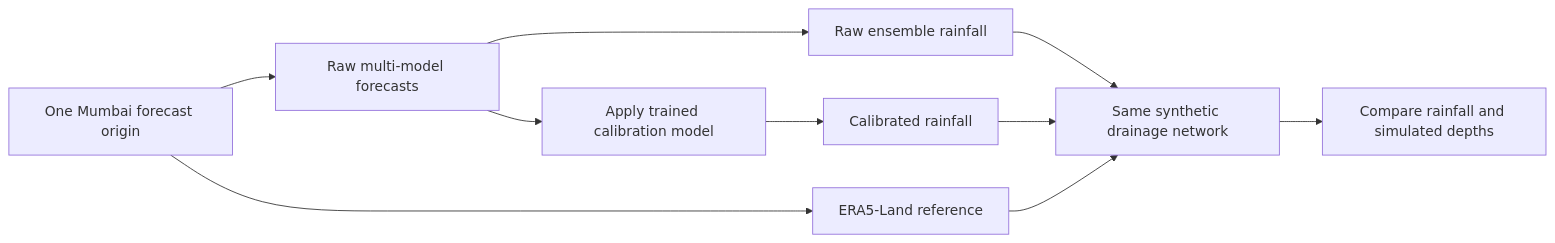
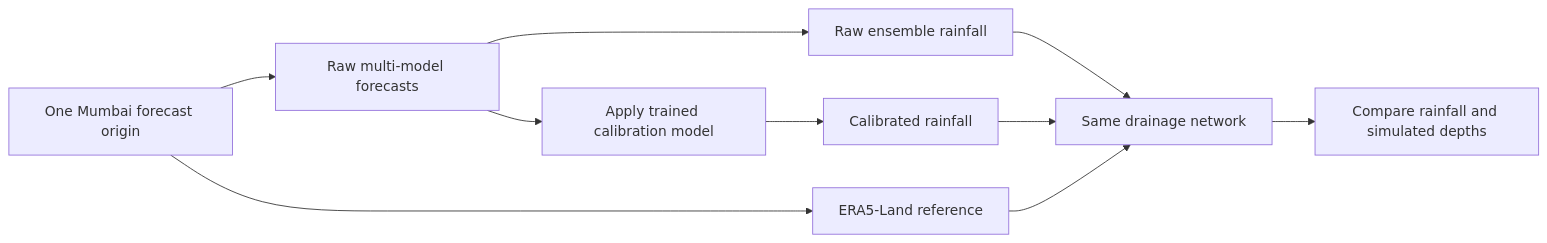
One commit to ArshiBansal/Intelligent_Urban_Flood_Monitoring changed the third of 3 diagrams in README.md. Above: the diagram before and after it, drawn with Mermaid. The commit also changed other lines of this file, not shown here.

````diff
--- a/README.md
+++ b/README.md
@@ -174,20 +177,20 @@
 ```mermaid
 flowchart LR
     hOrigin["One Mumbai forecast origin"]
     hForecasts["Raw multi-model forecasts"]
     hTruth["ERA5-Land reference"]
     hCalibrate["Apply trained calibration model"]
     hRaw["Raw ensemble rainfall"]
     hCalibrated["Calibrated rainfall"]
-    hSynthetic["Same synthetic drainage network"]
+    hDrainage["Same drainage network"]
     hCompare["Compare rainfall and simulated depths"]
     hOrigin --> hForecasts
     hOrigin --> hTruth
     hForecasts --> hCalibrate
     hForecasts --> hRaw
-    hRaw --> hSynthetic
+    hRaw --> hDrainage
     hCalibrate --> hCalibrated
-    hCalibrated --> hSynthetic
-    hTruth --> hSynthetic
-    hSynthetic --> hCompare
+    hCalibrated --> hDrainage
+    hTruth --> hDrainage
+    hDrainage --> hCompare
 ```
````
